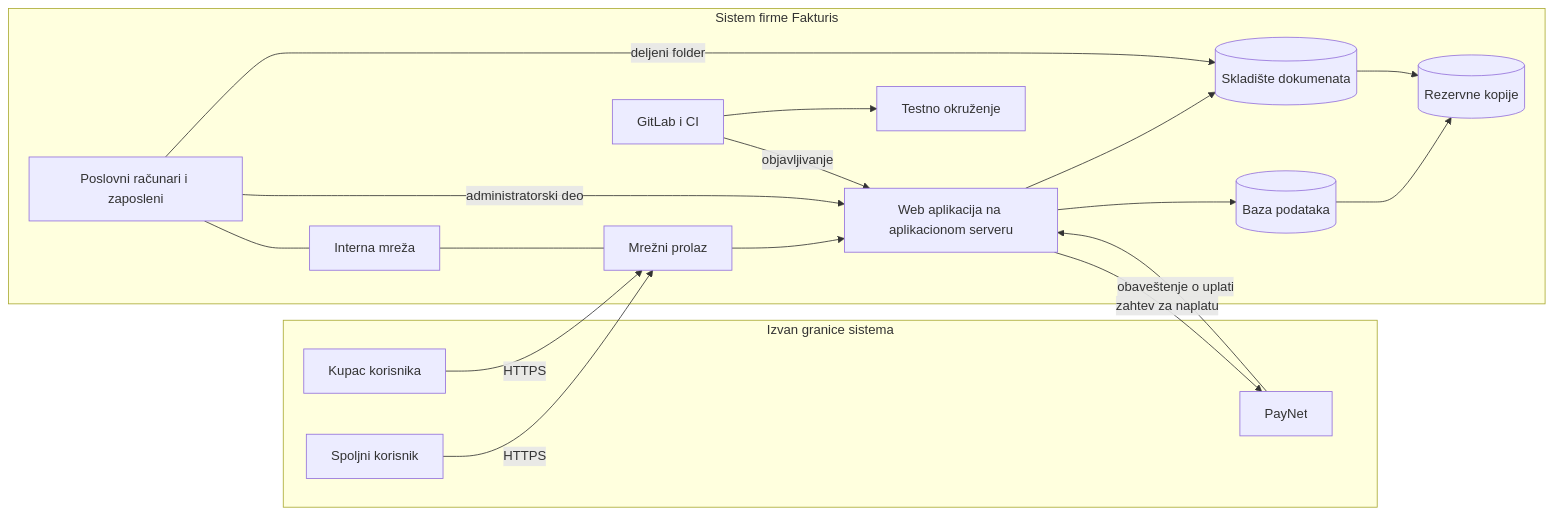
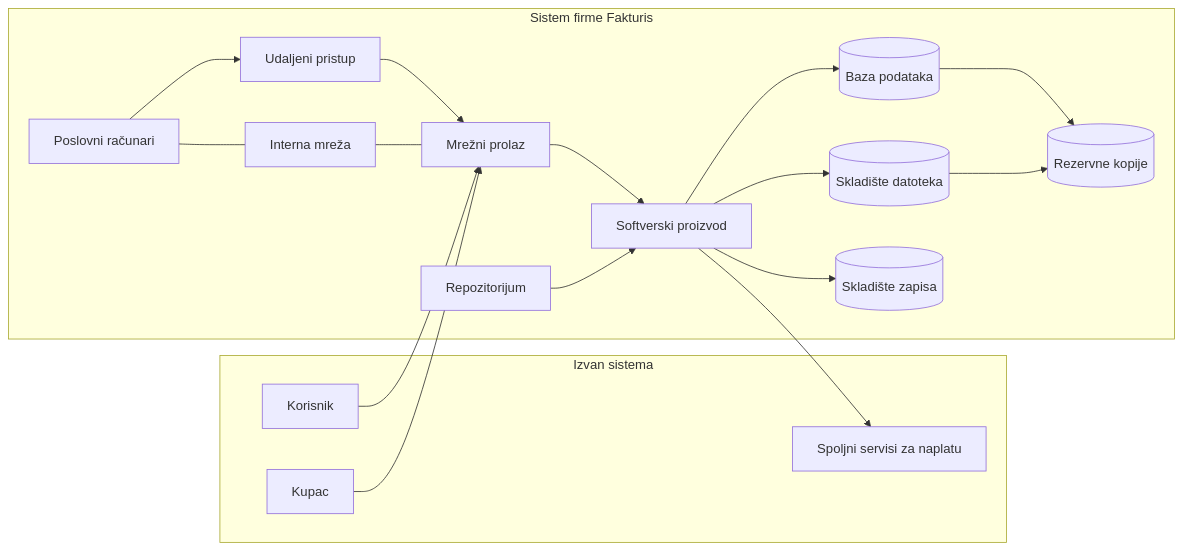
The diagram in konteksti/Fakturis.md (Moco2669/protection-and-recovery-subject-1), drawn with Mermaid before and after one commit. The commit also changed other lines of this file and 22 other files, not shown here.

````diff
--- a/konteksti/Fakturis.md
+++ b/konteksti/Fakturis.md
@@ -97,34 +77,34 @@
 ```mermaid
 flowchart LR
-  subgraph spolja["Izvan granice sistema"]
-    K["Spoljni korisnik"]
-    KU["Kupac korisnika"]
-    PN["PayNet"]
+  subgraph spolja["Izvan sistema"]
+    K["Korisnik"]
+    KU["Kupac"]
+    SS["Spoljni servisi za naplatu"]
   end
   subgraph firma["Sistem firme Fakturis"]
     MP["Mrežni prolaz"]
+    UP["Udaljeni pristup"]
     IM["Interna mreža"]
-    PR["Poslovni računari i zaposleni"]
-    APP["Web aplikacija na aplikacionom serveru"]
+    PR["Poslovni računari"]
+    APP["Softverski proizvod"]
     DB[("Baza podataka")]
-    SD[("Skladište dokumenata")]
-    GIT["GitLab i CI"]
-    TEST["Testno okruženje"]
+    SD[("Skladište datoteka")]
+    SZ[("Skladište zapisa")]
+    GIT["Repozitorijum"]
     BK[("Rezervne kopije")]
   end
-  K -->|HTTPS| MP
-  KU -->|HTTPS| MP
+  K --> MP
+  KU --> MP
   MP --> APP
-  APP -->|zahtev za naplatu| PN
-  PN -->|obaveštenje o uplati| APP
+  APP --> SS
   APP --> DB
   APP --> SD
+  APP --> SZ
   PR --- IM
+  PR --> UP
+  UP --> MP
   IM --- MP
-  PR -->|administratorski deo| APP
-  PR -->|deljeni folder| SD
-  GIT --> TEST
-  GIT -->|objavljivanje| APP
+  GIT --> APP
   DB --> BK
   SD --> BK
 ```
````
